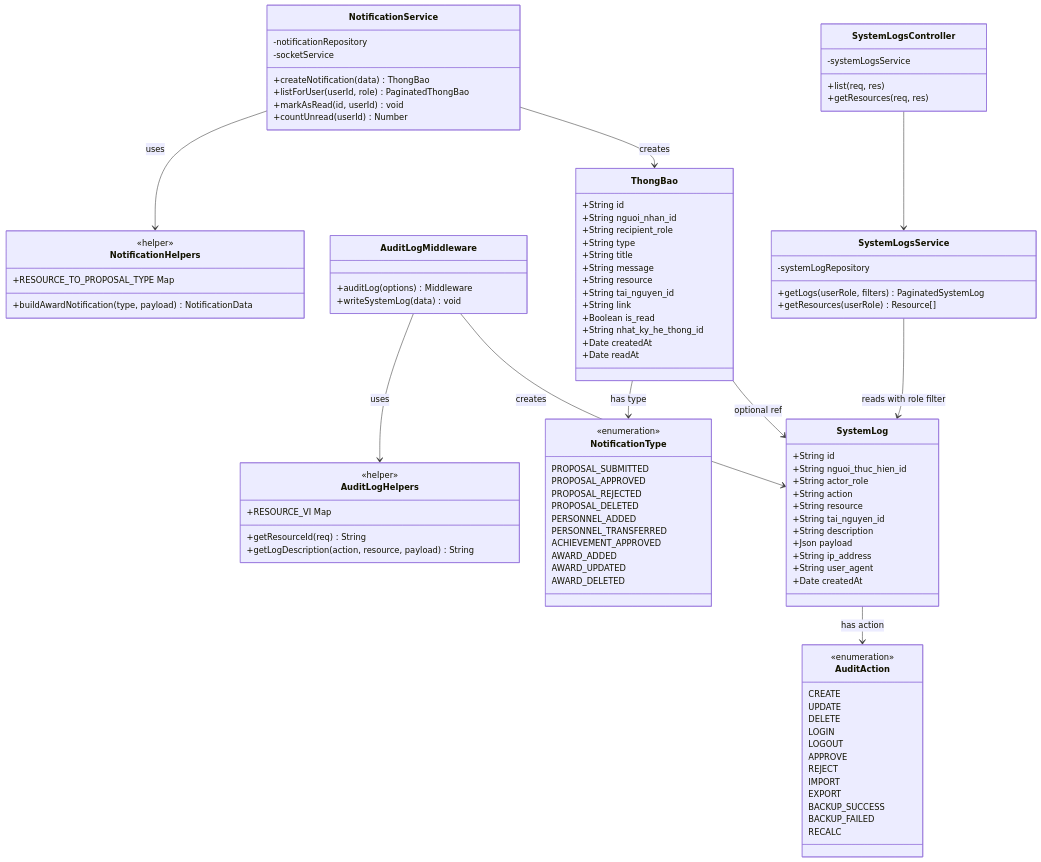
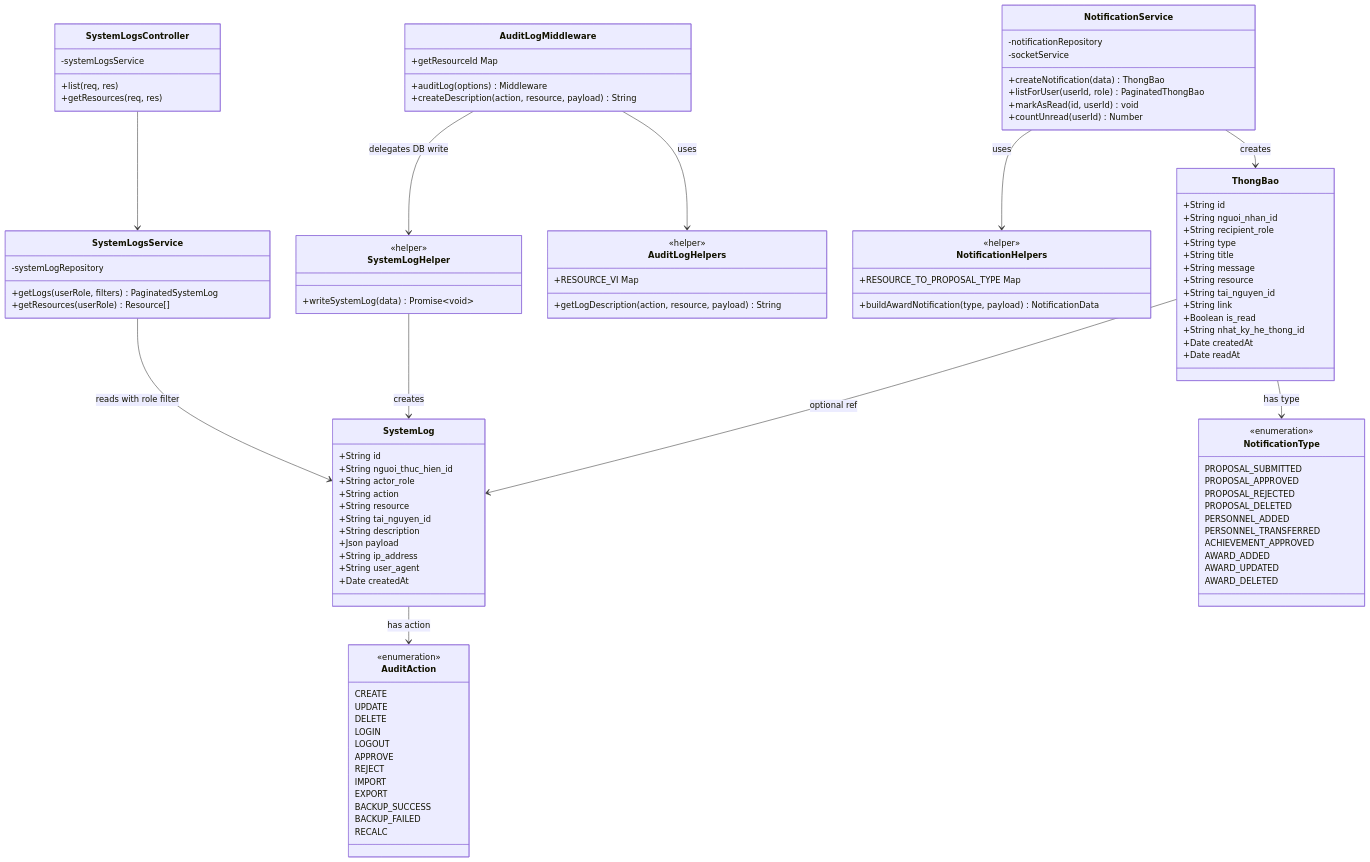
The fifth of 5 diagrams in docs/diagrams/04-class.md (tranducbk/DATN_PM_QLKT), drawn with Mermaid before and after one commit. The commit also changed other lines of this file and 18 other files, not shown here.

First line of the commit message:
Update diagrams, slides and supplementary docs

```diff
--- a/docs/diagrams/04-class.md
+++ b/docs/diagrams/04-class.md
@@ -509,12 +512,17 @@
 
     class AuditLogMiddleware {
         +auditLog(options) Middleware
-        +writeSystemLog(data) void
+        +createDescription(action, resource, payload) String
+        +getResourceId Map
+    }
+
+    class SystemLogHelper {
+        <<helper>>
+        +writeSystemLog(data) Promise~void~
     }
 
     class AuditLogHelpers {
         <<helper>>
-        +getResourceId(req) String
         +getLogDescription(action, resource, payload) String
         +RESOURCE_VI Map
     }
@@ -550,7 +558,8 @@
     ThongBao --> NotificationType : has type
     ThongBao --> SystemLog : optional ref
     AuditLogMiddleware --> AuditLogHelpers : uses
-    AuditLogMiddleware --> SystemLog : creates
+    AuditLogMiddleware --> SystemLogHelper : delegates DB write
+    SystemLogHelper --> SystemLog : creates
     NotificationService --> NotificationHelpers : uses
     NotificationService --> ThongBao : creates
     SystemLogsController --> SystemLogsService
```
